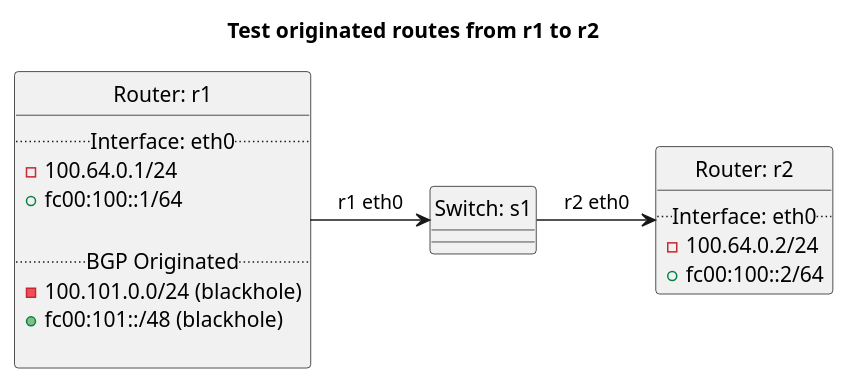
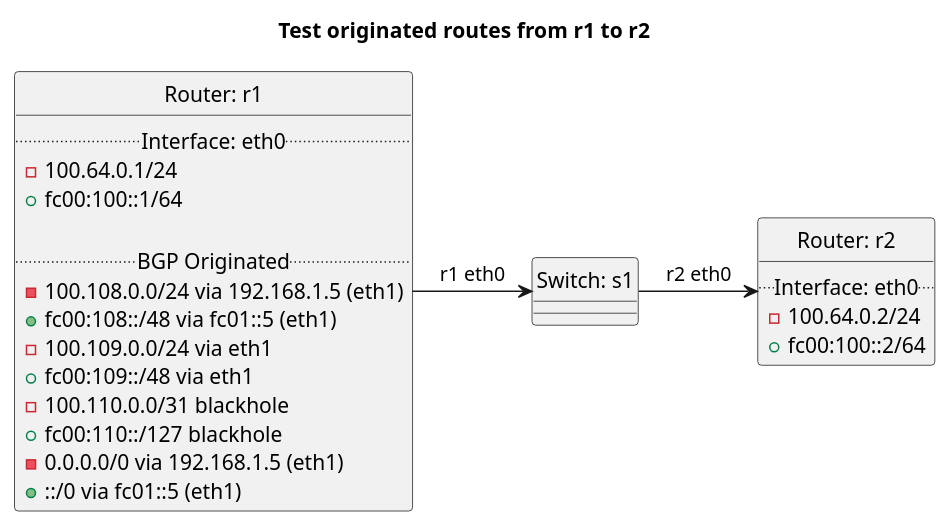
The diagram in tests/t40_bgp/t37_redistribute_originated/README.md (oscdev-io/birdplan), drawn with PlantUML before and after one commit. The commit also changed other lines of this file and 325 other files, not shown here.

````diff
--- a/tests/t40_bgp/t37_redistribute_originated/README.md
+++ b/tests/t40_bgp/t37_redistribute_originated/README.md
@@ -8,33 +25,38 @@
 ```plantuml
 @startuml
 hide circle
 title Test originated routes from r1 to r2
 
 
 class "Router: r1" {
   .. Interface: eth0 ..
 - 100.64.0.1/24
 + fc00:100::1/64
 
   .. BGP Originated ..
-- 100.101.0.0/24 (blackhole)
-+ fc00:101::/48 (blackhole)
-
+- 100.108.0.0/24 via 192.168.1.5 (eth1)
++ fc00:108::/48 via fc01::5 (eth1)
+- 100.109.0.0/24 via eth1
++ fc00:109::/48 via eth1
+- 100.110.0.0/31 blackhole
++ fc00:110::/127 blackhole
+- 0.0.0.0/0 via 192.168.1.5 (eth1)
++ ::/0 via fc01::5 (eth1)
 }
 
 
 class "Router: r2" {
   .. Interface: eth0 ..
 - 100.64.0.2/24
 + fc00:100::2/64
 }
 
 
 class "Switch: s1" {}
 
 
 "Router: r1" -> "Switch: s1": r1 eth0
 "Switch: s1" -> "Router: r2": r2 eth0
 
 @enduml
 ```
````
